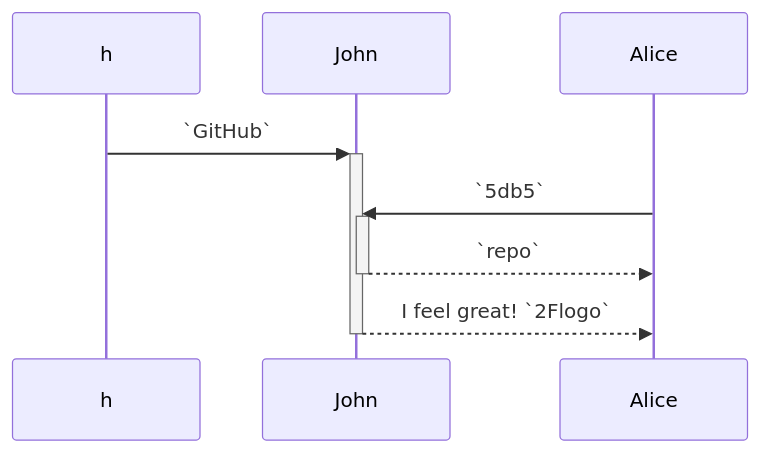
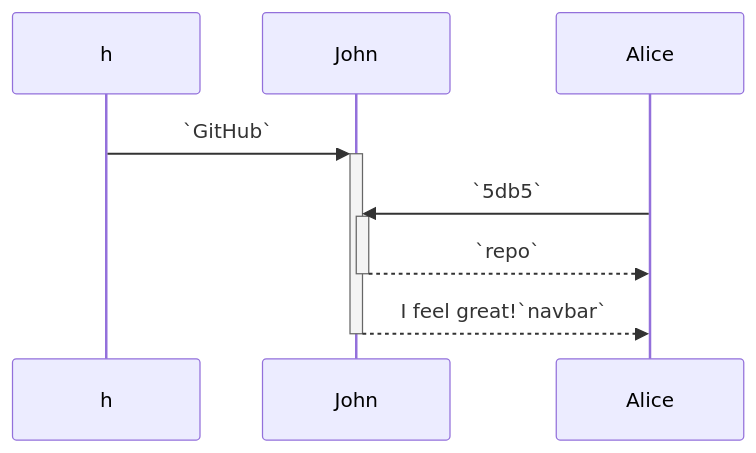
One commit to Noaozer/NoaRepo changed the first of 4 diagrams in .swm/860qfwrre.2b9fg.sw.md. Above: the diagram before and after it, drawn with Mermaid. The commit also changed other lines of this file, not shown here.

Commit message:
docs(swimm): update doc: "#860qfwrre"

````diff
--- a/.swm/860qfwrre.2b9fg.sw.md
+++ b/.swm/860qfwrre.2b9fg.sw.md
@@ -9,8 +9,8 @@
 ```mermaid
 sequenceDiagram
 h->>+John: `GitHub`
 Alice->>+John: `5db5`
 John-->>-Alice: `repo`
-John-->>-Alice: I feel great! `2Flogo`
+John-->>-Alice: I feel great!`navbar`
 
 ```
````
